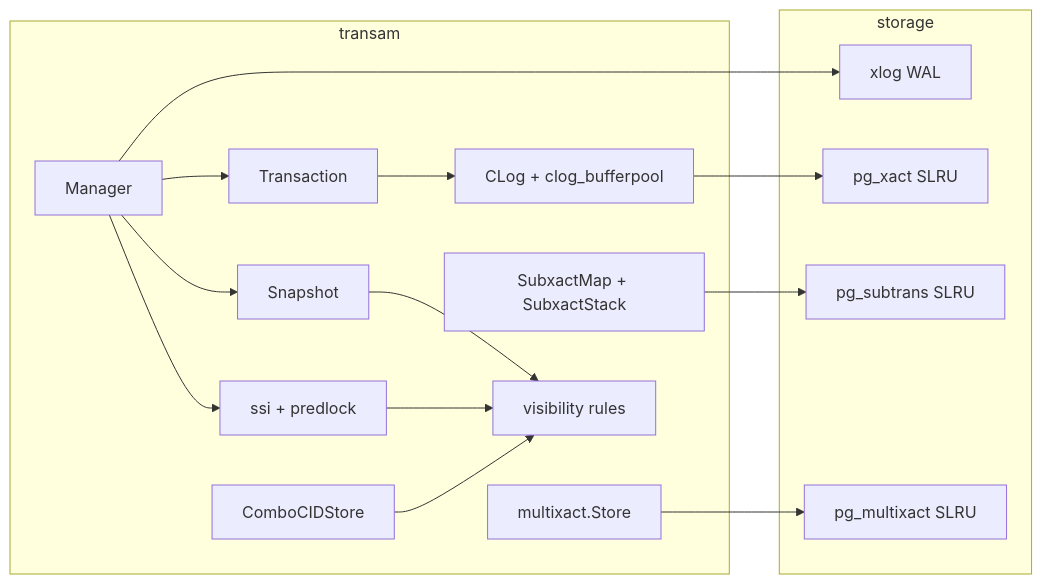
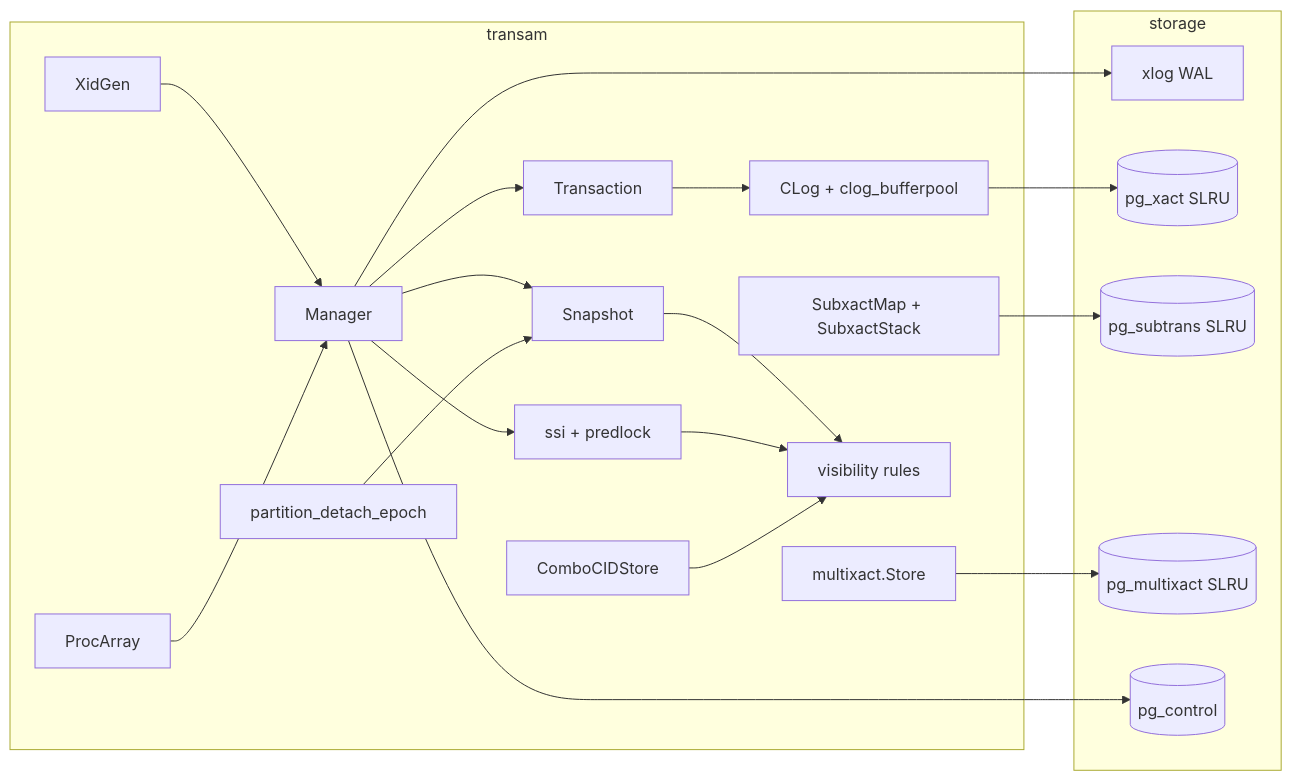
Before and after one commit to ryogrid/goopg: the first of 5 diagrams in docs/wiki/modules/transam.md, drawn with Mermaid. The commit also changed other lines of this file and 20 other files, not shown here.

Commit message:
docs(wiki): second expansion pass — all 21 module docs ~2x again (total 14.8k lines, 138 mermaid blocks) — M-NIGHTLY

````diff
--- a/docs/wiki/modules/transam.md
+++ b/docs/wiki/modules/transam.md
@@ -15,28 +15,36 @@
 ```mermaid
 flowchart LR
     subgraph transam
         M[Manager]
         TXN[Transaction]
         SNAP[Snapshot]
         CLOG[CLog + clog_bufferpool]
         SUB[SubxactMap + SubxactStack]
         MX[multixact.Store]
         SSI[ssi + predlock]
         VIS[visibility rules]
         CID[ComboCIDStore]
+        XG[XidGen]
+        PA[ProcArray]
+        PT[partition_detach_epoch]
     end
     subgraph storage
         XLOG[xlog WAL]
-        PG[pg_xact SLRU]
-        PGSUB[pg_subtrans SLRU]
-        PGMX[pg_multixact SLRU]
+        PGX[(pg_xact SLRU)]
+        PGS[(pg_subtrans SLRU)]
+        PGM[(pg_multixact SLRU)]
+        CTR[(pg_control)]
     end
-    M --> TXN --> CLOG --> PG
+    M --> TXN --> CLOG --> PGX
     M --> SNAP --> VIS
-    SUB --> PGSUB
-    MX --> PGMX
+    SUB --> PGS
+    MX --> PGM
     SSI --> VIS
     CID --> VIS
     M --> XLOG
     M --> SSI
+    M --> CTR
+    XG --> M
+    PA --> M
+    PT --> SNAP
 ```
````
